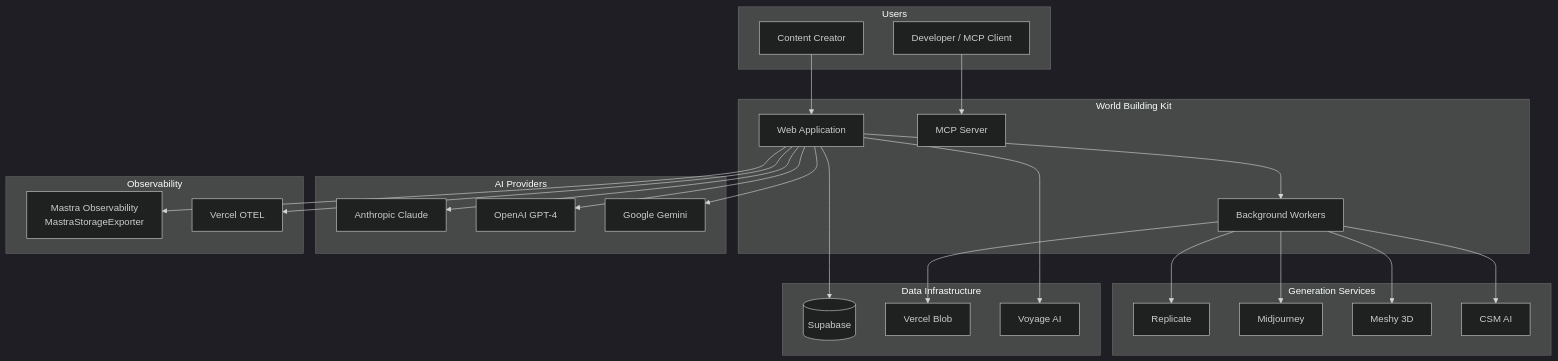
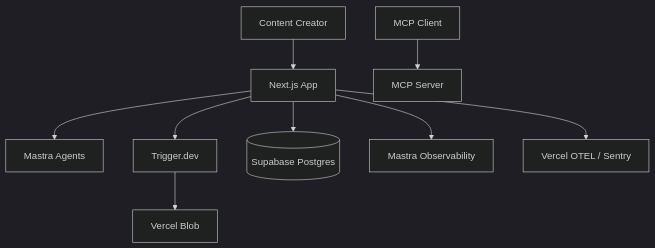
Before and after one commit to jsroga/nomos: the first of 2 diagrams in docs/ARCHITECTURE.md, drawn with Mermaid (dark theme). The commit also changed other lines of this file and 450 other files, not shown here.

````diff
--- a/docs/ARCHITECTURE.md
+++ b/docs/ARCHITECTURE.md
@@ -60,57 +76,11 @@
 ```mermaid
 graph TB
-    subgraph Users
-        Creator[Content Creator]
-        Dev[Developer / MCP Client]
-    end
-
-    subgraph "World Building Kit"
-        App[Web Application]
-        MCP[MCP Server]
-        Workers[Background Workers]
-    end
-
-    subgraph "AI Providers"
-        Anthropic[Anthropic Claude]
-        OpenAI[OpenAI GPT-4]
-        Google[Google Gemini]
-    end
-
-    subgraph "Generation Services"
-        Replicate[Replicate]
-        Midjourney[Midjourney]
-        Meshy[Meshy 3D]
-        CSM[CSM AI]
-    end
-
-    subgraph "Data Infrastructure"
-        Supabase[(Supabase)]
-        Blob[Vercel Blob]
-        VoyageAI[Voyage AI]
-    end
-
-    subgraph "Observability"
-        MastraObs[Mastra Observability<br/>MastraStorageExporter]
-        Vercel[Vercel OTEL]
-    end
-
-    Creator --> App
-    Dev --> MCP
-    
-    App --> Anthropic
-    App --> OpenAI
-    App --> Google
-    
-    App --> Workers
-    Workers --> Replicate
-    Workers --> Midjourney
-    Workers --> Meshy
-    Workers --> CSM
-    
-    App --> Supabase
-    Workers --> Blob
-    App --> VoyageAI
-    
-    App --> MastraObs
-    App --> Vercel
+    Creator[Content Creator] --> App[Next.js App]
+    Dev[MCP Client] --> MCP[MCP Server]
+    App --> Mastra[Mastra Agents]
+    App --> Workers[Trigger.dev]
+    App --> Supabase[(Supabase Postgres)]
+    Workers --> Blob[Vercel Blob]
+    App --> MastraObs[Mastra Observability]
+    App --> Vercel[Vercel OTEL / Sentry]
 ```
````
